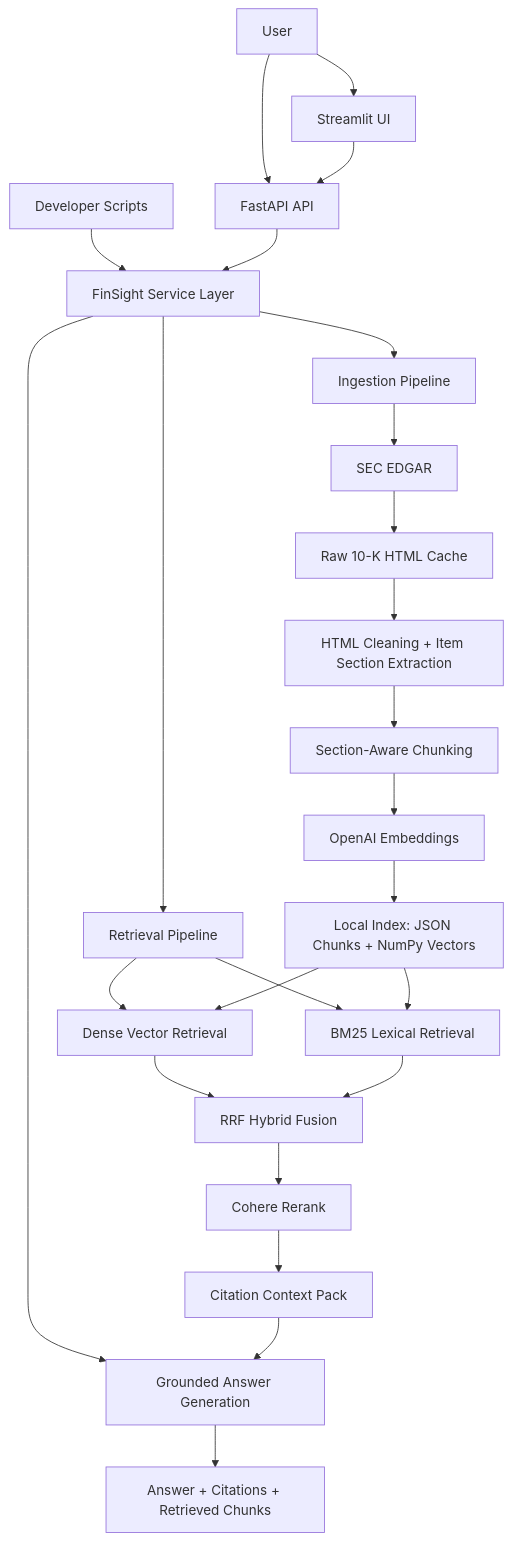
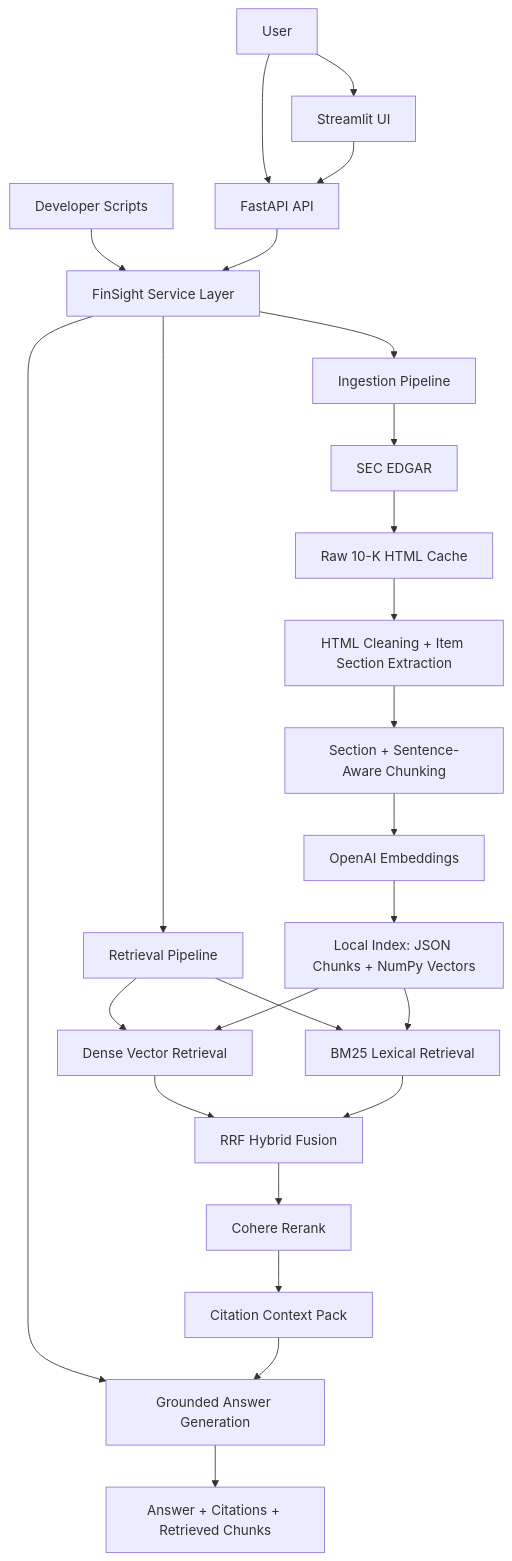
The diagram in README.md (Andrewchenyh/finsight), drawn with Mermaid before and after one commit. The commit also changed other lines of this file, not shown here.

````diff
--- a/README.md
+++ b/README.md
@@ -60,31 +60,31 @@
 ```mermaid
 flowchart TD
     User[User] --> UI[Streamlit UI]
     User --> API[FastAPI API]
     Dev[Developer Scripts] --> Service[FinSight Service Layer]
     UI --> API
     API --> Service
 
     Service --> Ingest[Ingestion Pipeline]
     Service --> Retrieve[Retrieval Pipeline]
     Service --> Generate[Grounded Answer Generation]
 
     Ingest --> SEC[SEC EDGAR]
     SEC --> Raw[Raw 10-K HTML Cache]
     Raw --> Parse[HTML Cleaning + Item Section Extraction]
-    Parse --> Chunk[Section-Aware Chunking]
+    Parse --> Chunk[Section + Sentence-Aware Chunking]
     Chunk --> Embed[OpenAI Embeddings]
     Embed --> Index[Local Index: JSON Chunks + NumPy Vectors]
 
     Retrieve --> Dense[Dense Vector Retrieval]
     Retrieve --> BM25[BM25 Lexical Retrieval]
     Dense --> Hybrid[RRF Hybrid Fusion]
     BM25 --> Hybrid
     Hybrid --> Rerank[Cohere Rerank]
     Index --> Dense
     Index --> BM25
 
     Rerank --> Context[Citation Context Pack]
     Context --> Generate
     Generate --> Answer[Answer + Citations + Retrieved Chunks]
 ```
````
